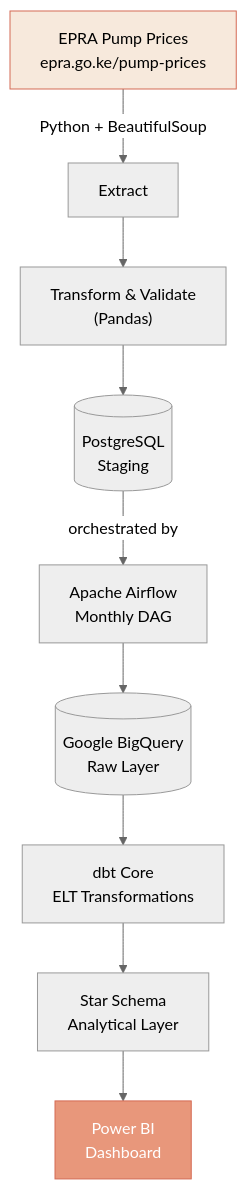
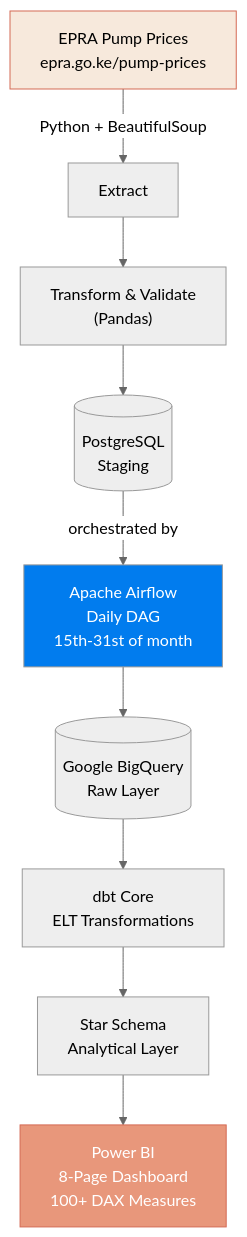
The first of 2 diagrams in README.md (shawnmacharia/epra-fuel-data-pipeline), drawn with Mermaid (neutral theme) before and after one commit. The commit also changed other lines of this file, not shown here.

````diff
--- a/README.md
+++ b/README.md
@@ -57,14 +73,15 @@
 ```mermaid
 flowchart TD
     A["EPRA Pump Prices\nepra.go.ke/pump-prices"] -->|Python + BeautifulSoup| B[Extract]
     B --> C["Transform & Validate\n(Pandas)"]
     C --> D[("PostgreSQL\nStaging")]
-    D -->|orchestrated by| E["Apache Airflow\nMonthly DAG"]
+    D -->|orchestrated by| E["Apache Airflow\nDaily DAG\n15th-31st of month"]
     E --> F[("Google BigQuery\nRaw Layer")]
     F --> G["dbt Core\nELT Transformations"]
     G --> H["Star Schema\nAnalytical Layer"]
-    H --> I["Power BI\nDashboard"]
+    H --> I["Power BI\n8-Page Dashboard\n100+ DAX Measures"]
 
     style A fill:#F7E9DC,stroke:#D46A54
     style I fill:#E8977B,stroke:#D46A54,color:#fff
+    style E fill:#017CEE,color:#fff
 ```
````
